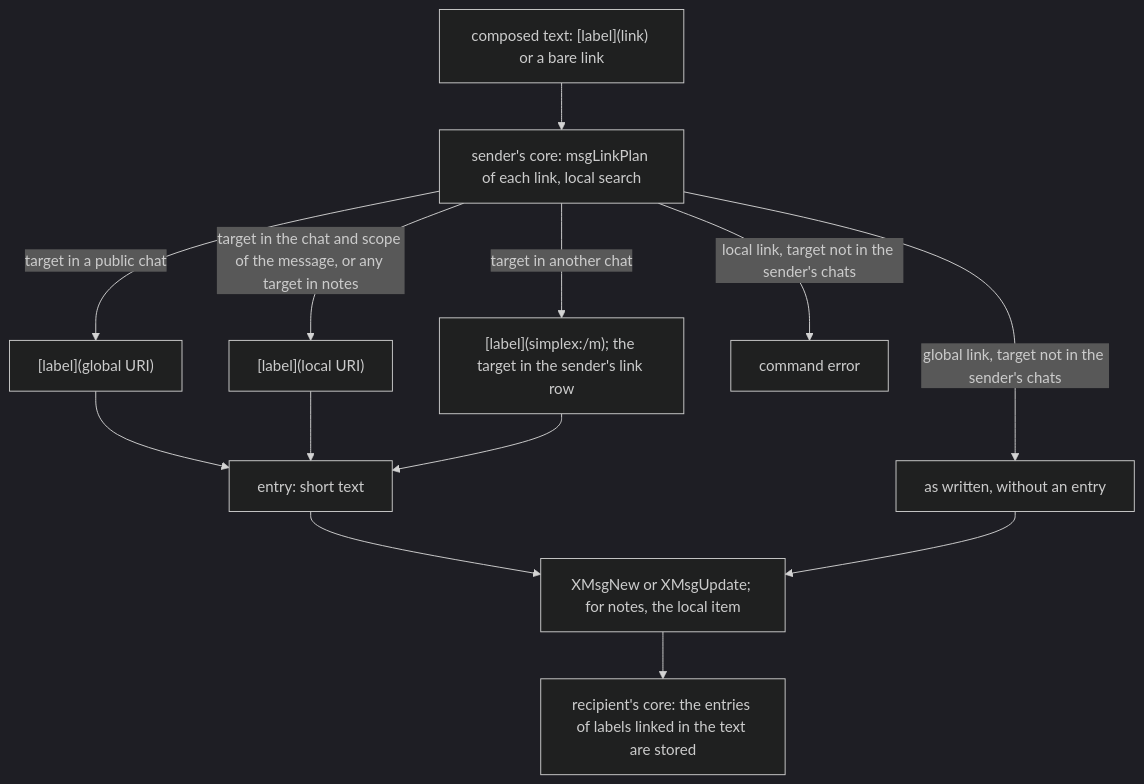
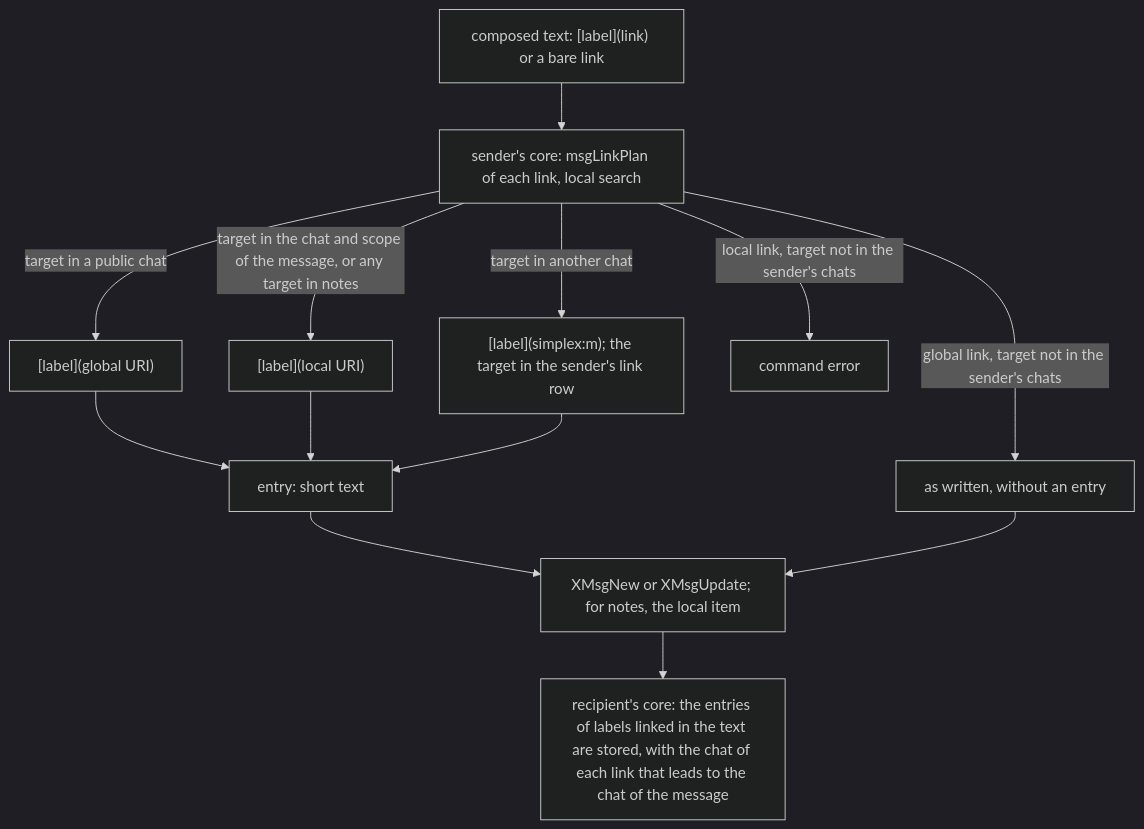
Before and after one commit to simplex-chat/simplex-chat: the second of 7 diagrams in plans/2026-11-22-message-references.md, drawn with Mermaid (dark theme). The commit also changed other lines of this file, not shown here.

Commit message:
docs: message links plan with the recommended answers built

````diff
--- a/plans/2026-11-22-message-references.md
+++ b/plans/2026-11-22-message-references.md
@@ -199,15 +200,15 @@
 ```mermaid
 flowchart TD
   T["composed text: [label](link) or a bare link"] --> P[sender's core: msgLinkPlan of each link, local search]
   P -->|target in a public chat| G["[label](global URI)"]
   P -->|target in the chat and scope of the message, or any target in notes| S["[label](local URI)"]
-  P -->|target in another chat| O["[label](simplex:/m); the target in the sender's link row"]
+  P -->|target in another chat| O["[label](simplex:m); the target in the sender's link row"]
   P -->|global link, target not in the sender's chats| GW[as written, without an entry]
   P -->|local link, target not in the sender's chats| E[command error]
   G --> M[entry: short text]
   S --> M
   O --> M
   M --> W[XMsgNew or XMsgUpdate; for notes, the local item]
   GW --> W
-  W --> R[recipient's core: the entries of labels linked in the text are stored]
+  W --> R[recipient's core: the entries of labels linked in the text are stored, with the chat of each link that leads to the chat of the message]
 ```
````
